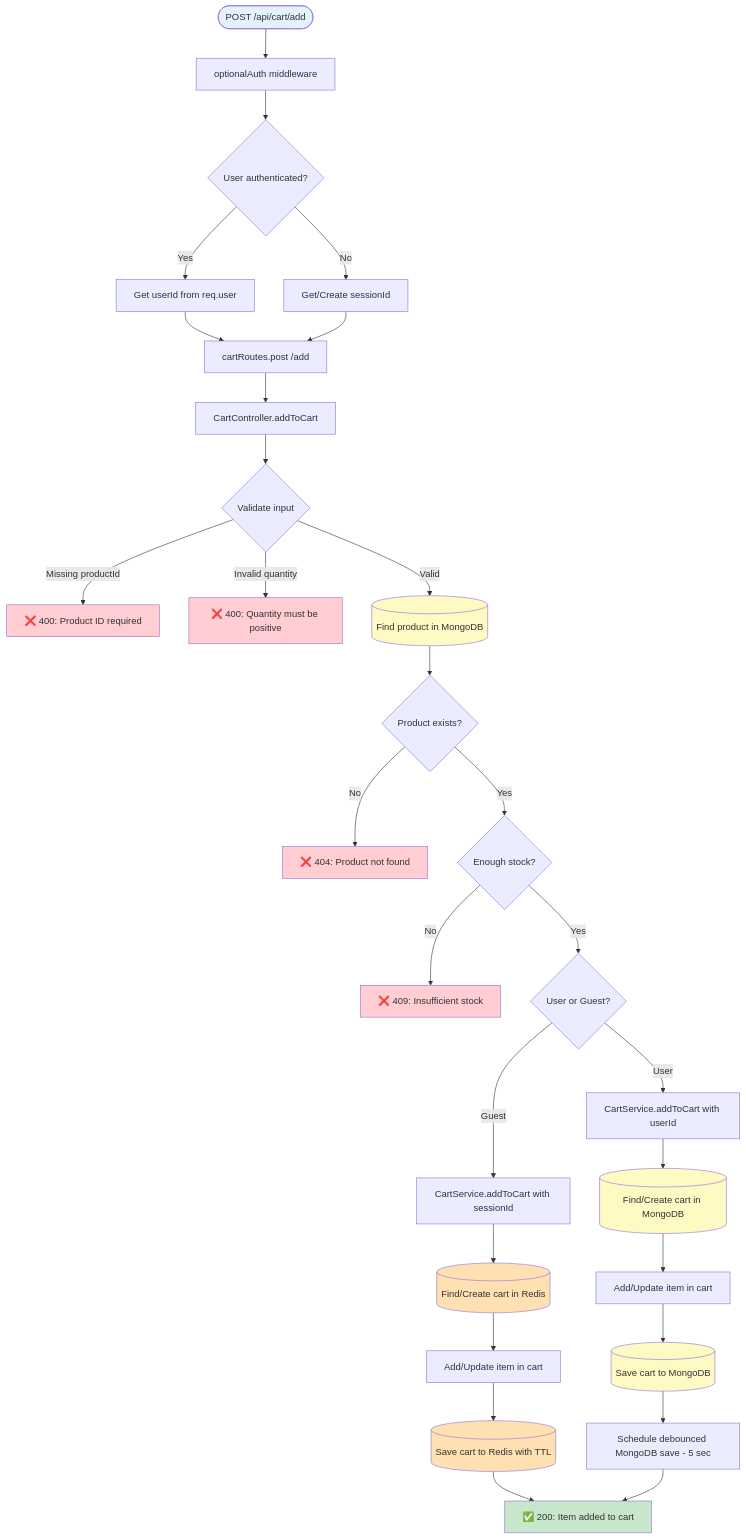
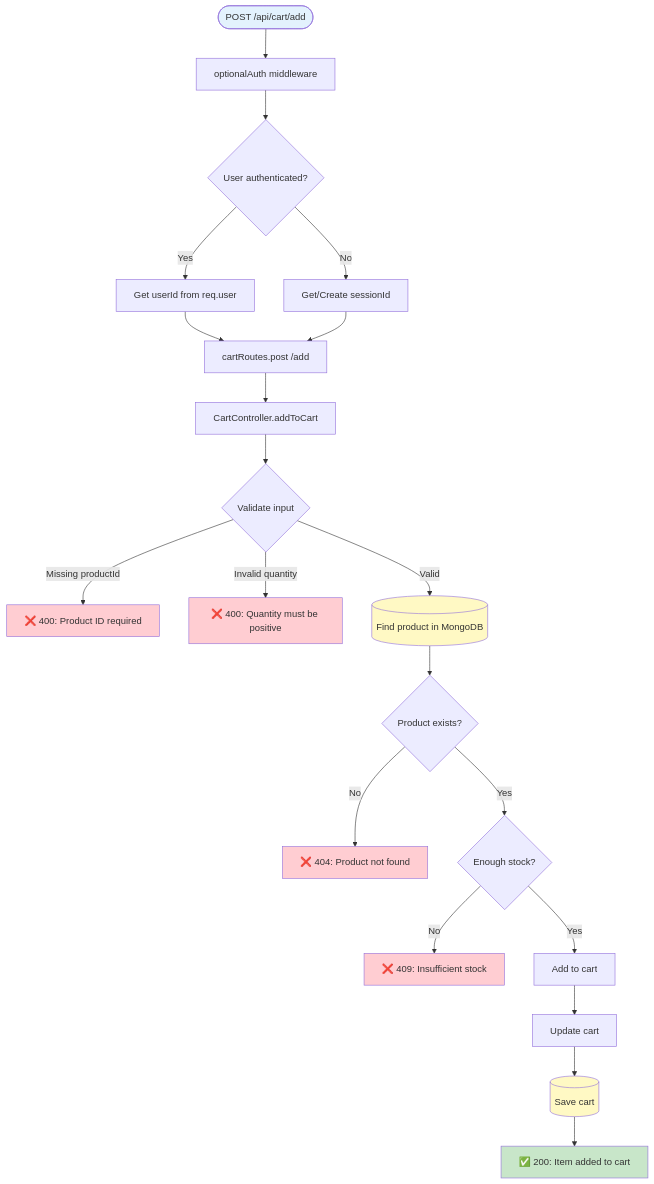
The seventh of 11 diagrams in docs/SERVER_ENDPOINTS_MAP.md (shmuelkapiloff/simple-), drawn with Mermaid before and after one commit. The commit also changed other lines of this file and 1 other file, not shown here.

Commit message:
fix: Repair broken Mermaid diagrams - remove malformed syntax and incomplete code blocks

````diff
--- a/docs/SERVER_ENDPOINTS_MAP.md
+++ b/docs/SERVER_ENDPOINTS_MAP.md
@@ -697,54 +445,37 @@
 ```mermaid
 flowchart TD
     Request([POST /api/cart/add]) --> OptionalAuth[optionalAuth middleware]
     OptionalAuth --> CheckAuth{User authenticated?}
     
     CheckAuth -->|Yes| GetUserId[Get userId from req.user]
     CheckAuth -->|No| GetSessionId[Get/Create sessionId]
     
     GetUserId --> RouteHandler[cartRoutes.post /add]
     GetSessionId --> RouteHandler
     
     RouteHandler --> Controller[CartController.addToCart]
     Controller --> ValidateInput{Validate input}
     ValidateInput -->|Missing productId| Return400["❌ 400: Product ID required"]
     ValidateInput -->|Invalid quantity| Return400Qty["❌ 400: Quantity must be positive"]
     ValidateInput -->|Valid| CheckProduct[(Find product in MongoDB)]
     
     CheckProduct --> ProductExists{Product exists?}
     ProductExists -->|No| Return404["❌ 404: Product not found"]
     ProductExists -->|Yes| CheckStock{Enough stock?}
     
     CheckStock -->|No| Return409["❌ 409: Insufficient stock"]
-    CheckStock -->|Yes| ServiceCall{User or Guest?}
+    CheckStock -->|Yes| ServiceCall[Add to cart]
     
-    ServiceCall -->|User| AddToUserCart[CartService.addToCart with userId]
-    ServiceCall -->|Guest| AddToGuestCart[CartService.addToCart with sessionId]
-    
-    AddToUserCart --> FindCart[(Find/Create cart in MongoDB)]
-    AddToGuestCart --> FindGuestCartRedis[(Find/Create cart in Redis)]
-    
-    FindCart --> UpdateCart[Add/Update item in cart]
-    FindGuestCartRedis --> UpdateGuestCart[Add/Update item in cart]
-    
-    UpdateCart --> SaveMongo[(Save cart to MongoDB)]
-    UpdateGuestCart --> SaveRedis[(Save cart to Redis with TTL)]
-    
-    SaveMongo --> ScheduleFlush[Schedule debounced MongoDB save - 5 sec]
-    SaveRedis --> Return200["✅ 200: Item added to cart"]
-    
-    ScheduleFlush --> Return200
-    
+    ServiceCall --> UpdateCart[Update cart]
+    UpdateCart --> SaveCart[(Save cart)]
+    SaveCart --> Return200["✅ 200: Item added to cart"]
     
     style Request fill:#e3f2fd
     style Return200 fill:#c8e6c9
     style Return400 fill:#ffcdd2
     style Return400Qty fill:#ffcdd2
     style Return404 fill:#ffcdd2
     style Return409 fill:#ffcdd2
     style CheckProduct fill:#fff9c4
-    style FindCart fill:#fff9c4
-    style SaveMongo fill:#fff9c4
-    style FindGuestCartRedis fill:#ffe0b2
-    style SaveRedis fill:#ffe0b2
+    style SaveCart fill:#fff9c4
 ```
````
